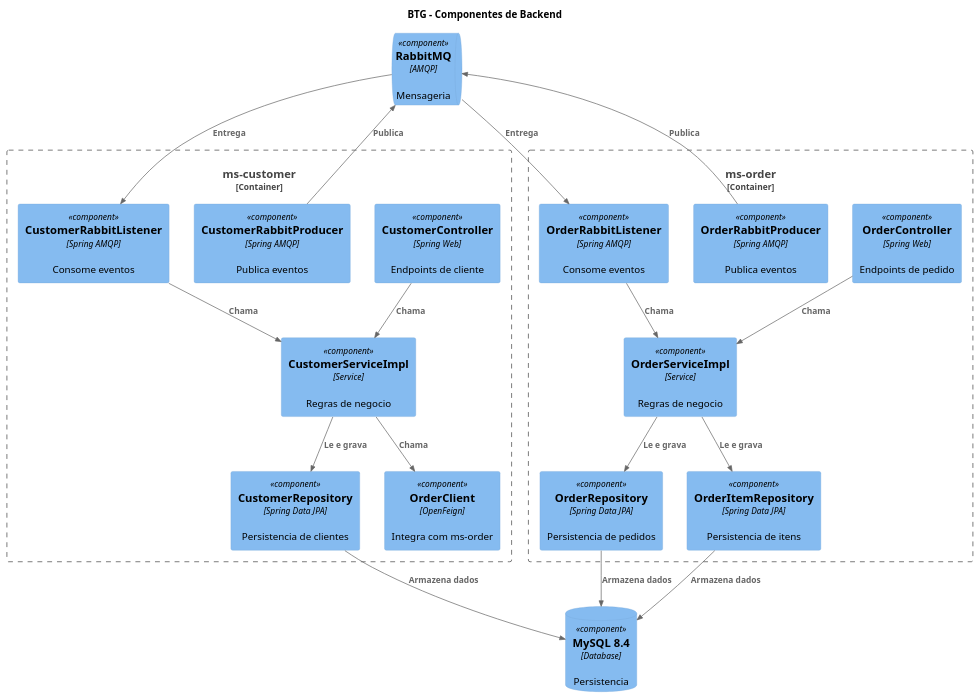
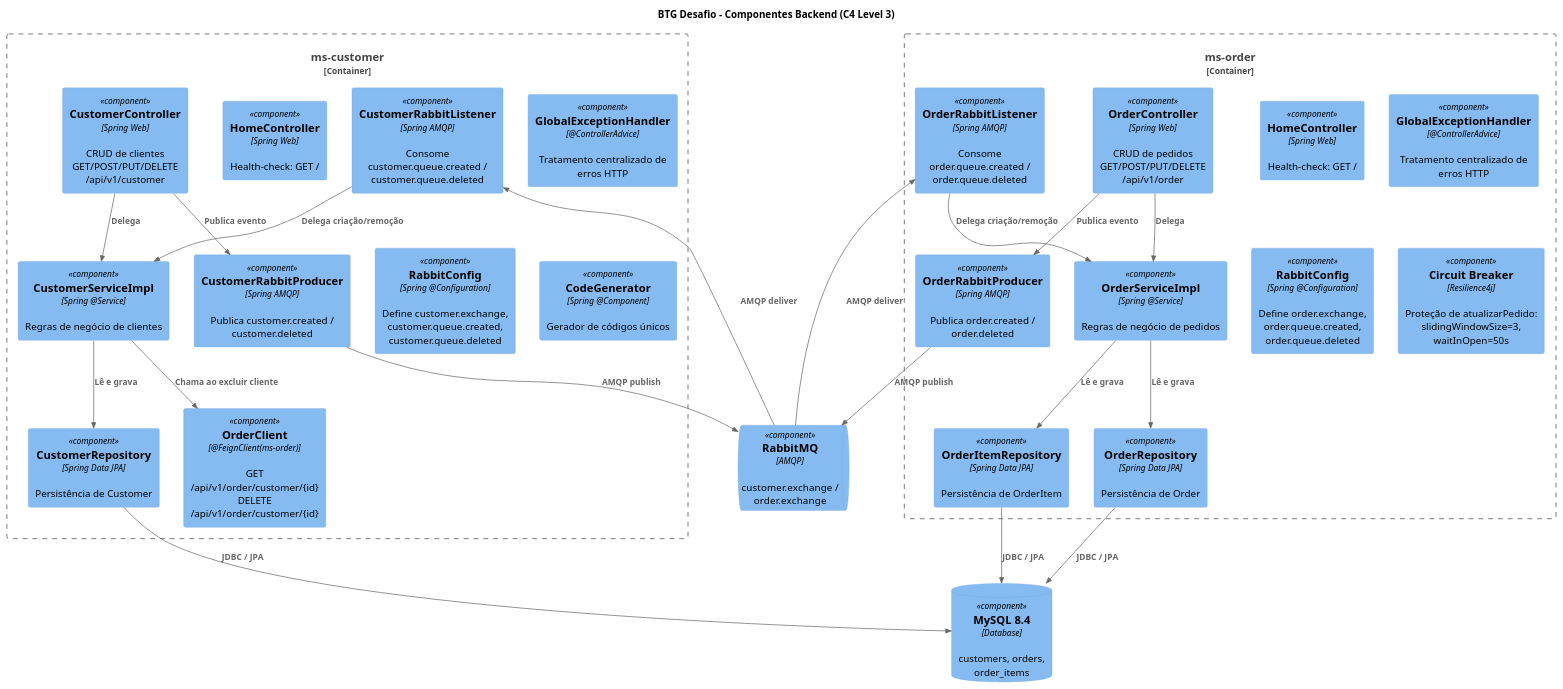
One commit to leoalmeida/desafioBTG changed the diagram in docs/architecture/component-diagram-backend.puml. Above: the diagram before and after it, drawn with PlantUML. The commit also changed 12 other files, not shown here.

```diff
--- a/docs/architecture/component-diagram-backend.puml
+++ b/docs/architecture/component-diagram-backend.puml
@@ -1,45 +1,57 @@
 @startuml component_diagram
 
 !include https://raw.githubusercontent.com/plantuml-stdlib/C4-PlantUML/master/C4_Component.puml
 
-title BTG - Componentes de Backend
+title BTG Desafio - Componentes Backend (C4 Level 3)
 
 Container_Boundary(customer_service, "ms-customer") {
-	Component(customer_controller, "CustomerController", "Spring Web", "Endpoints de cliente")
-	Component(customer_service_layer, "CustomerServiceImpl", "Service", "Regras de negocio")
-	Component(customer_repo, "CustomerRepository", "Spring Data JPA", "Persistencia de clientes")
-	Component(customer_producer, "CustomerRabbitProducer", "Spring AMQP", "Publica eventos")
-	Component(customer_listener, "CustomerRabbitListener", "Spring AMQP", "Consome eventos")
-	Component(order_client, "OrderClient", "OpenFeign", "Integra com ms-order")
+    Component(home_ctrl_c, "HomeController", "Spring Web", "Health-check: GET /")
+    Component(customer_controller, "CustomerController", "Spring Web", "CRUD de clientes\nGET/POST/PUT/DELETE /api/v1/customer")
+    Component(exc_handler_c, "GlobalExceptionHandler", "@ControllerAdvice", "Tratamento centralizado de erros HTTP")
+    Component(customer_service_layer, "CustomerServiceImpl", "Spring @Service", "Regras de negócio de clientes")
+    Component(customer_repo, "CustomerRepository", "Spring Data JPA", "Persistência de Customer")
+    Component(customer_producer, "CustomerRabbitProducer", "Spring AMQP", "Publica customer.created / customer.deleted")
+    Component(customer_listener, "CustomerRabbitListener", "Spring AMQP", "Consome customer.queue.created / customer.queue.deleted")
+    Component(order_client, "OrderClient", "@FeignClient(ms-order)", "GET /api/v1/order/customer/{id}\nDELETE /api/v1/order/customer/{id}")
+    Component(rabbit_config_c, "RabbitConfig", "Spring @Configuration", "Define customer.exchange,\ncustomer.queue.created, customer.queue.deleted")
+    Component(code_gen_c, "CodeGenerator", "Spring @Component", "Gerador de códigos únicos")
 }
 
 Container_Boundary(order_service, "ms-order") {
-	Component(order_controller, "OrderController", "Spring Web", "Endpoints de pedido")
-	Component(order_service_layer, "OrderServiceImpl", "Service", "Regras de negocio")
-	Component(order_repo, "OrderRepository", "Spring Data JPA", "Persistencia de pedidos")
-	Component(order_item_repo, "OrderItemRepository", "Spring Data JPA", "Persistencia de itens")
-	Component(order_producer, "OrderRabbitProducer", "Spring AMQP", "Publica eventos")
-	Component(order_listener, "OrderRabbitListener", "Spring AMQP", "Consome eventos")
+    Component(home_ctrl_o, "HomeController", "Spring Web", "Health-check: GET /")
+    Component(order_controller, "OrderController", "Spring Web", "CRUD de pedidos\nGET/POST/PUT/DELETE /api/v1/order")
+    Component(exc_handler_o, "GlobalExceptionHandler", "@ControllerAdvice", "Tratamento centralizado de erros HTTP")
+    Component(order_service_layer, "OrderServiceImpl", "Spring @Service", "Regras de negócio de pedidos")
+    Component(order_repo, "OrderRepository", "Spring Data JPA", "Persistência de Order")
+    Component(order_item_repo, "OrderItemRepository", "Spring Data JPA", "Persistência de OrderItem")
+    Component(order_producer, "OrderRabbitProducer", "Spring AMQP", "Publica order.created / order.deleted")
+    Component(order_listener, "OrderRabbitListener", "Spring AMQP", "Consome order.queue.created / order.queue.deleted")
+    Component(rabbit_config_o, "RabbitConfig", "Spring @Configuration", "Define order.exchange,\norder.queue.created, order.queue.deleted")
+    Component(circuit_breaker, "Circuit Breaker", "Resilience4j", "Proteção de atualizarPedido:\nslidingWindowSize=3, waitInOpen=50s")
 }
 
-ComponentDb(mysql, "MySQL 8.4", "Database", "Persistencia")
-ComponentQueue(rabbitmq, "RabbitMQ", "AMQP", "Mensageria")
+ComponentDb(mysql, "MySQL 8.4", "Database", "customers, orders, order_items")
+ComponentQueue(rabbitmq, "RabbitMQ", "AMQP", "customer.exchange / order.exchange")
 
-Rel(customer_controller, customer_service_layer, "Chama")
-Rel(customer_service_layer, customer_repo, "Le e grava")
-Rel(customer_service_layer, order_client, "Chama")
-Rel(customer_producer, rabbitmq, "Publica")
-Rel(rabbitmq, customer_listener, "Entrega")
-Rel(customer_listener, customer_service_layer, "Chama")
-Rel(customer_repo, mysql, "Armazena dados")
+' ms-customer
+Rel(customer_controller, customer_service_layer, "Delega")
+Rel(customer_controller, customer_producer, "Publica evento")
+Rel(customer_service_layer, customer_repo, "Lê e grava")
+Rel(customer_service_layer, order_client, "Chama ao excluir cliente")
+Rel(customer_producer, rabbitmq, "AMQP publish")
+Rel(rabbitmq, customer_listener, "AMQP deliver")
+Rel(customer_listener, customer_service_layer, "Delega criação/remoção")
+Rel(customer_repo, mysql, "JDBC / JPA")
 
-Rel(order_controller, order_service_layer, "Chama")
-Rel(order_service_layer, order_repo, "Le e grava")
-Rel(order_service_layer, order_item_repo, "Le e grava")
-Rel(order_producer, rabbitmq, "Publica")
-Rel(rabbitmq, order_listener, "Entrega")
-Rel(order_listener, order_service_layer, "Chama")
-Rel(order_repo, mysql, "Armazena dados")
-Rel(order_item_repo, mysql, "Armazena dados")
+' ms-order
+Rel(order_controller, order_service_layer, "Delega")
+Rel(order_controller, order_producer, "Publica evento")
+Rel(order_service_layer, order_repo, "Lê e grava")
+Rel(order_service_layer, order_item_repo, "Lê e grava")
+Rel(order_producer, rabbitmq, "AMQP publish")
+Rel(rabbitmq, order_listener, "AMQP deliver")
+Rel(order_listener, order_service_layer, "Delega criação/remoção")
+Rel(order_repo, mysql, "JDBC / JPA")
+Rel(order_item_repo, mysql, "JDBC / JPA")
 
 @enduml
```
